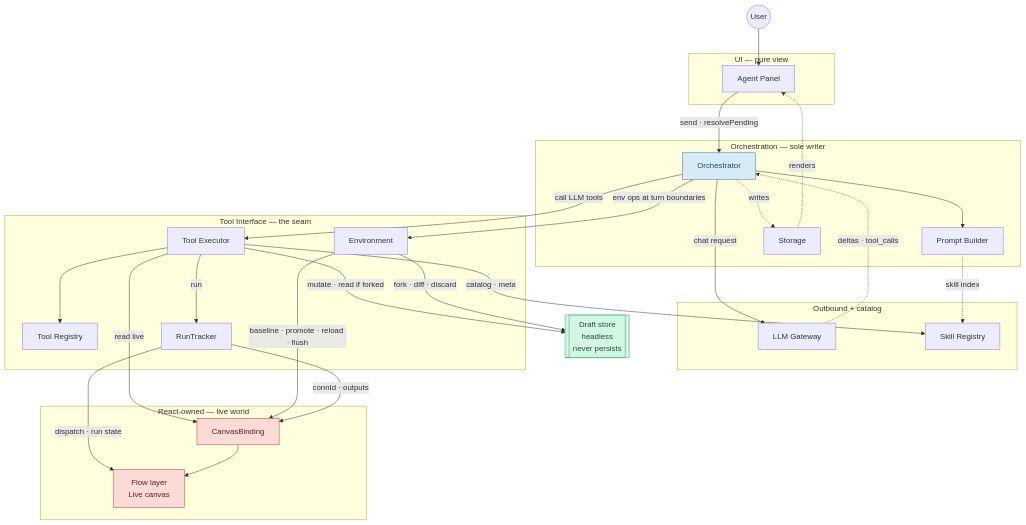
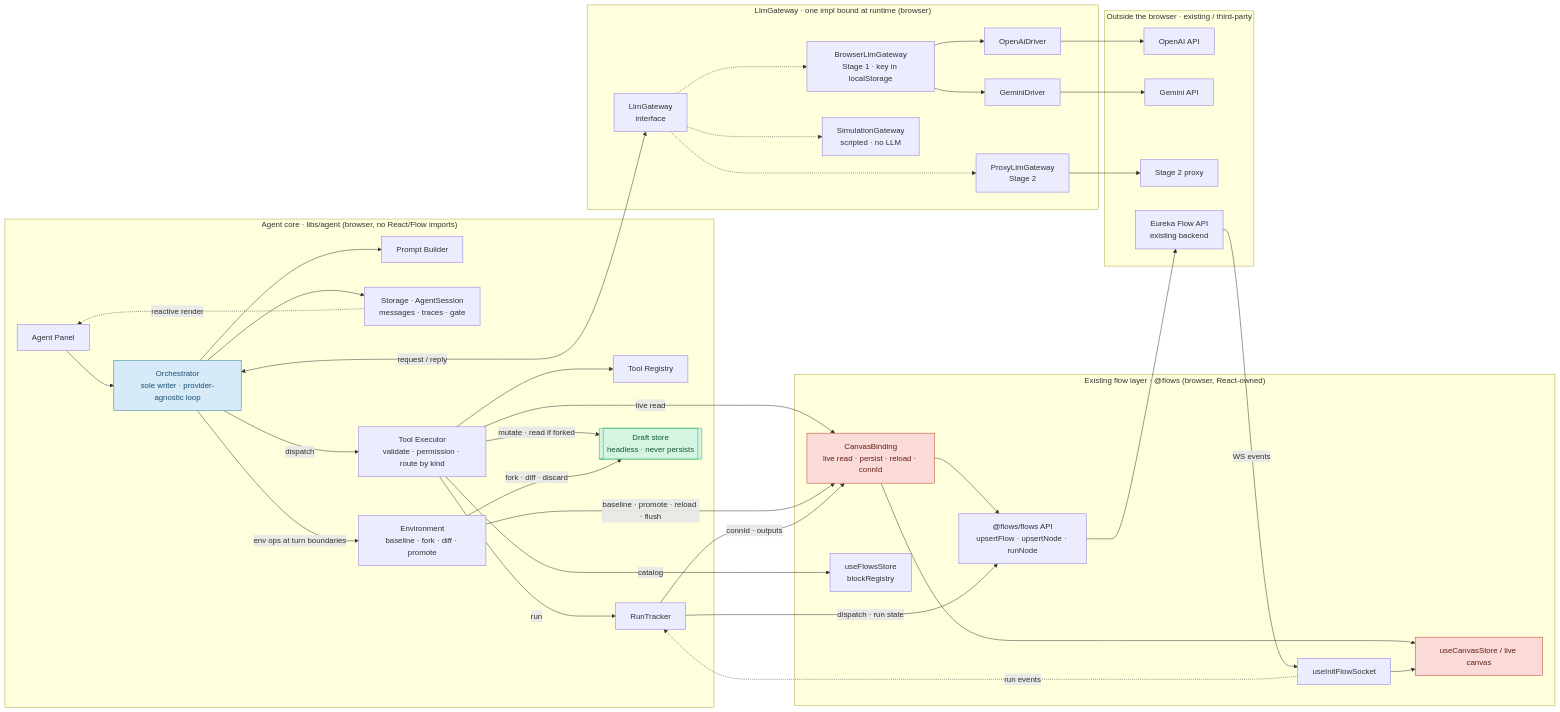
Before and after one commit to lemoncloud-io/eureka-flow: the first of 13 diagrams in docs/specs/0001-agent-chat/workflow-logic-diagrams.md, drawn with Mermaid. The commit also changed other lines of this file and 17 other files, not shown here.

First line of the commit message:
docs(agent-chat): reorganize component interfaces top-down and reconcile spec

````diff
--- a/docs/specs/0001-agent-chat/workflow-logic-diagrams.md
+++ b/docs/specs/0001-agent-chat/workflow-logic-diagrams.md
@@ -31,65 +31,76 @@
 ```mermaid
-flowchart TB
-    User(("User"))
-
-    subgraph UI["UI — pure view"]
-        Panel["Agent Panel"]
+graph LR
+    subgraph CORE["Agent core · libs/agent (browser, no React/Flow imports)"]
+        UI["Agent Panel"]
+        ORCH["Orchestrator<br/>sole writer · provider-agnostic loop"]
+        PB["Prompt Builder"]
+        STORE["Storage · AgentSession<br/>messages · traces · gate"]
+        REG["Tool Registry"]
+        EXEC["Tool Executor<br/>validate · permission · route by kind"]
+        ENV["Environment<br/>baseline · fork · diff · promote"]
+        RT["RunTracker"]
+        DRAFT[["Draft store<br/>headless · never persists"]]
+        UI --> ORCH
+        ORCH --> PB
+        ORCH -->|dispatch| EXEC
+        ORCH -->|env ops at turn boundaries| ENV
+        ORCH --> STORE
+        STORE -.->|reactive render| UI
+        EXEC --> REG
+        EXEC -->|mutate · read if forked| DRAFT
+        EXEC -->|run| RT
+        ENV -->|fork · diff · discard| DRAFT
     end
 
-    subgraph Core["Orchestration — sole writer"]
-        Orch["Orchestrator"]
-        PB["Prompt Builder"]
-        Store["Storage"]
+    subgraph GATEWAY["LlmGateway · one impl bound at runtime (browser)"]
+        GW["LlmGateway<br/>interface"]
+        S1["BrowserLlmGateway<br/>Stage 1 · key in localStorage"]
+        S2["ProxyLlmGateway<br/>Stage 2"]
+        SIM["SimulationGateway<br/>scripted · no LLM"]
+        OAI["OpenAiDriver"]
+        GEM["GeminiDriver"]
+        GW -.-> S1
+        GW -.-> S2
+        GW -.-> SIM
+        S1 --> OAI
+        S1 --> GEM
     end
 
-    subgraph Ext["Outbound + catalog"]
-        GW["LLM Gateway"]
-        Skills["Skill Registry"]
+    subgraph FLOWLAYER["Existing flow layer · @flows (browser, React-owned)"]
+        CB["CanvasBinding<br/>live read · persist · reload · connId"]
+        CANVAS["useCanvasStore / live canvas"]
+        FLOWS["useFlowsStore<br/>blockRegistry"]
+        FAPI["@flows/flows API<br/>upsertFlow · upsertNode · runNode"]
+        SOCK["useInitFlowSocket"]
+        CB --> CANVAS
+        CB --> FAPI
     end
 
-    subgraph TI["Tool Interface — the seam"]
-        Reg["Tool Registry"]
-        Exec["Tool Executor"]
-        Env["Environment"]
-        RT["RunTracker"]
+    subgraph OUTSIDE["Outside the browser · existing / third-party"]
+        OAIAPI["OpenAI API"]
+        GEMAPI["Gemini API"]
+        PRX["Stage 2 proxy"]
+        EUREKA["Eureka Flow API<br/>existing backend"]
     end
 
-    Draft[["Draft store<br/>headless<br/>never persists"]]
-
-    subgraph LiveWorld["React-owned — live world"]
-        CB["CanvasBinding"]
-        Flow["Flow layer<br/>Live canvas"]
-    end
-
-    User --> Panel
-    Panel -->|"send · resolvePending"| Orch
-    Orch -.->|"writes"| Store
-    Store -.->|"renders"| Panel
-
-    Orch --> PB
-    Orch -->|"chat request"| GW
-    GW -.->|"deltas · tool_calls"| Orch
-    PB -.->|"skill index"| Skills
-
-    Orch -->|"call LLM tools"| Exec
-    Orch -->|"env ops at turn boundaries"| Env
-
-    Exec --> Reg
-    Exec -->|"catalog · meta"| Skills
-    Exec -->|"mutate · read if forked"| Draft
-    Exec -->|"read live"| CB
-    Exec -->|"run"| RT
-
-    Env -->|"fork · diff · discard"| Draft
-    Env -->|"baseline · promote · reload · flush"| CB
-    RT -->|"connId · outputs"| CB
-    RT -->|"dispatch · run state"| Flow
-    CB --> Flow
+    ORCH <-->|request / reply| GW
+    EXEC -->|live read| CB
+    EXEC -->|catalog| FLOWS
+    ENV -->|baseline · promote · reload · flush| CB
+    RT -->|connId · outputs| CB
+    RT -->|dispatch · run state| FAPI
+    OAI --> OAIAPI
+    GEM --> GEMAPI
+    S2 --> PRX
+    FAPI --> EUREKA
+    EUREKA -->|WS events| SOCK
+    SOCK --> CANVAS
+    SOCK -.->|run events| RT
 
     classDef draft fill:#d5f5e3,stroke:#27ae60,color:#145a32;
     classDef live fill:#fadbd8,stroke:#c0392b,color:#641e16;
     classDef core fill:#d6eaf8,stroke:#2874a6,color:#1b4f72;
-    class Draft draft;
-    class CB,Flow live;
-    class Orch core;
+    class DRAFT draft;
+    class CB,CANVAS live;
+    class ORCH core;
 ```
````
